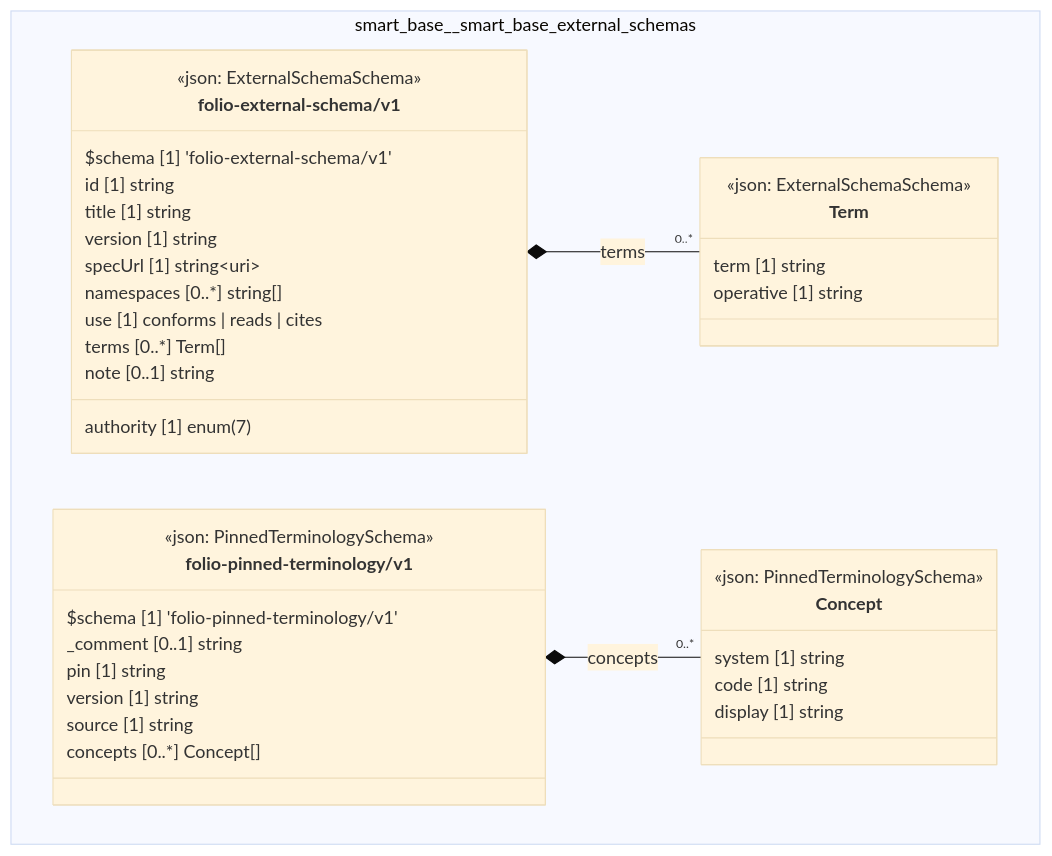
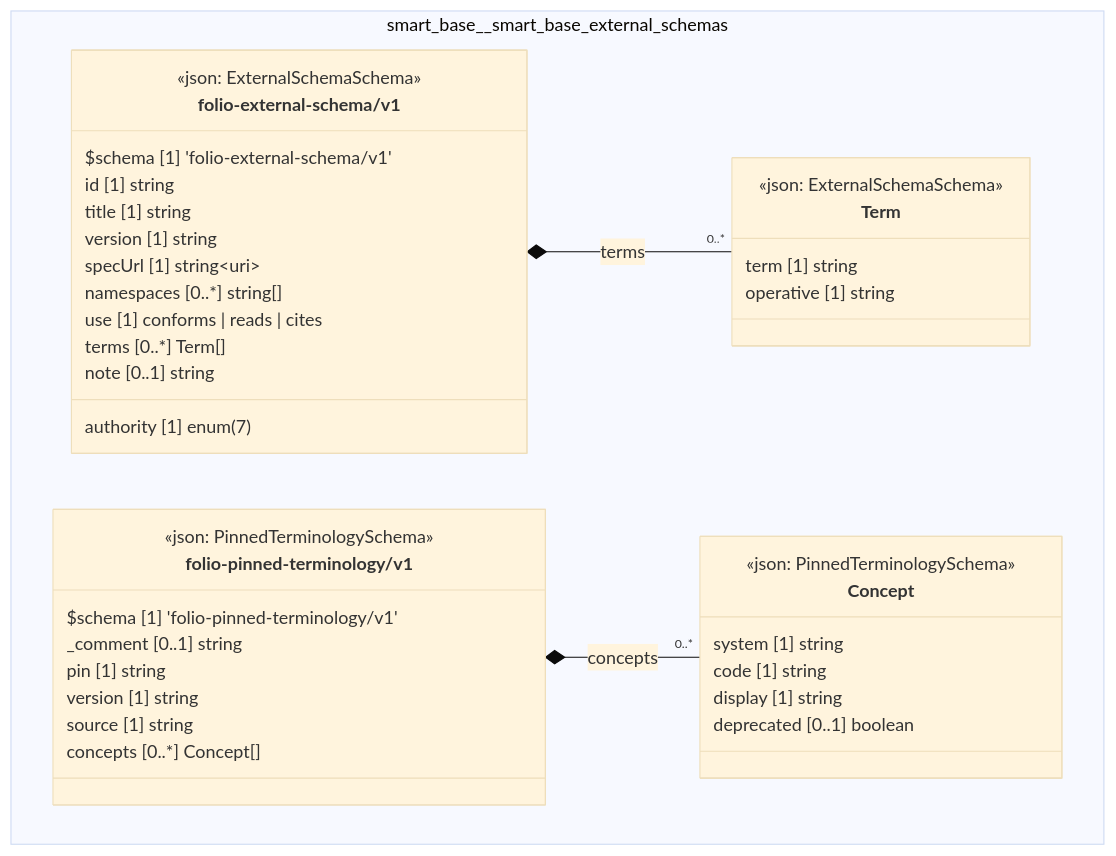
The diagram in cat-harness/docs/uml/overview/smart-base/smart-base-external-schemas.md (litlfred/folio-assistant), drawn with Mermaid (base theme) before and after one commit. The commit also changed 915 other files, not shown here.

````diff
--- a/cat-harness/docs/uml/overview/smart-base/smart-base-external-schemas.md
+++ b/cat-harness/docs/uml/overview/smart-base/smart-base-external-schemas.md
@@ -42,45 +42,46 @@
 ```mermaid
 classDiagram
   direction TB
   namespace smart_base__smart_base_external_schemas {
     class smart_base_smart_base_external_schemas_folio_external_schema_v1_Term["Term"] {
       <<json: ExternalSchemaSchema>>
       term [1] string
       operative [1] string
     }
     class smart_base_smart_base_external_schemas_folio_external_schema_v1_folio_external_schema_v1["folio-external-schema/v1"] {
       <<json: ExternalSchemaSchema>>
       $schema [1] 'folio-external-schema/v1'
       id [1] string
       authority [1] enum(7)
       title [1] string
       version [1] string
       specUrl [1] string~uri~
       namespaces [0..*] string[]
       use [1] conforms | reads | cites
       terms [0..*] Term[]
       note [0..1] string
     }
     class smart_base_smart_base_external_schemas_folio_pinned_terminology_v1_Concept["Concept"] {
       <<json: PinnedTerminologySchema>>
       system [1] string
       code [1] string
       display [1] string
+      deprecated [0..1] boolean
     }
     class smart_base_smart_base_external_schemas_folio_pinned_terminology_v1_folio_pinned_terminology_v1["folio-pinned-terminology/v1"] {
       <<json: PinnedTerminologySchema>>
       $schema [1] 'folio-pinned-terminology/v1'
       _comment [0..1] string
       pin [1] string
       version [1] string
       source [1] string
       concepts [0..*] Concept[]
     }
   }
   smart_base_smart_base_external_schemas_folio_external_schema_v1_folio_external_schema_v1 *-- "0..*" smart_base_smart_base_external_schemas_folio_external_schema_v1_Term : terms
   smart_base_smart_base_external_schemas_folio_pinned_terminology_v1_folio_pinned_terminology_v1 *-- "0..*" smart_base_smart_base_external_schemas_folio_pinned_terminology_v1_Concept : concepts
   cssClass "smart_base_smart_base_external_schemas_folio_external_schema_v1_Term" fa_uml_kind_external_schema
   cssClass "smart_base_smart_base_external_schemas_folio_external_schema_v1_folio_external_schema_v1" fa_uml_kind_external_schema
   cssClass "smart_base_smart_base_external_schemas_folio_pinned_terminology_v1_Concept" fa_uml_kind_external_schema
   cssClass "smart_base_smart_base_external_schemas_folio_pinned_terminology_v1_folio_pinned_terminology_v1" fa_uml_kind_external_schema
 ```
````
